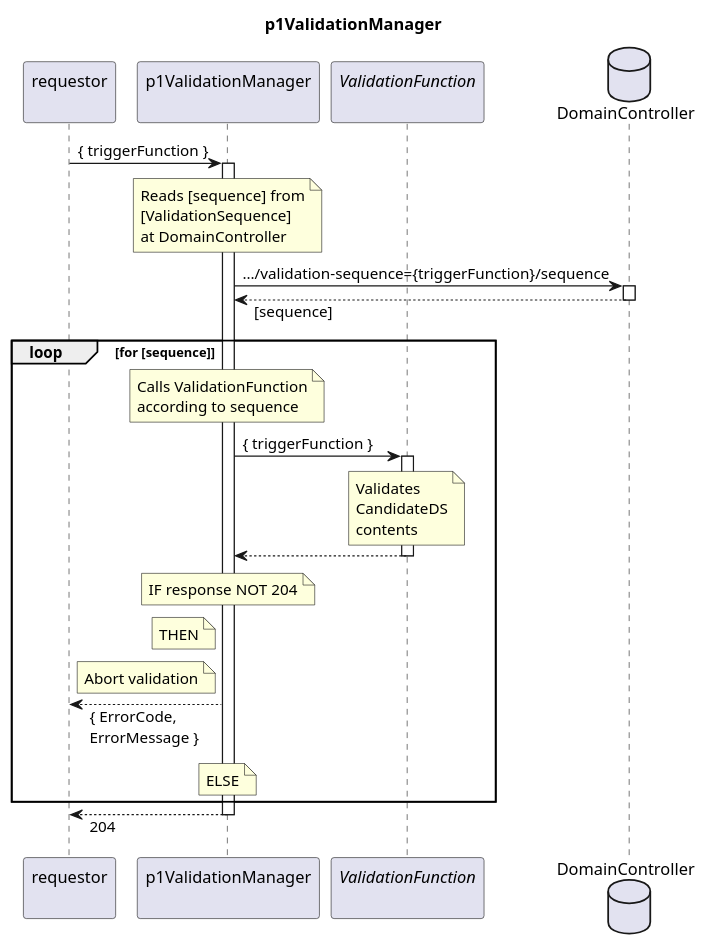
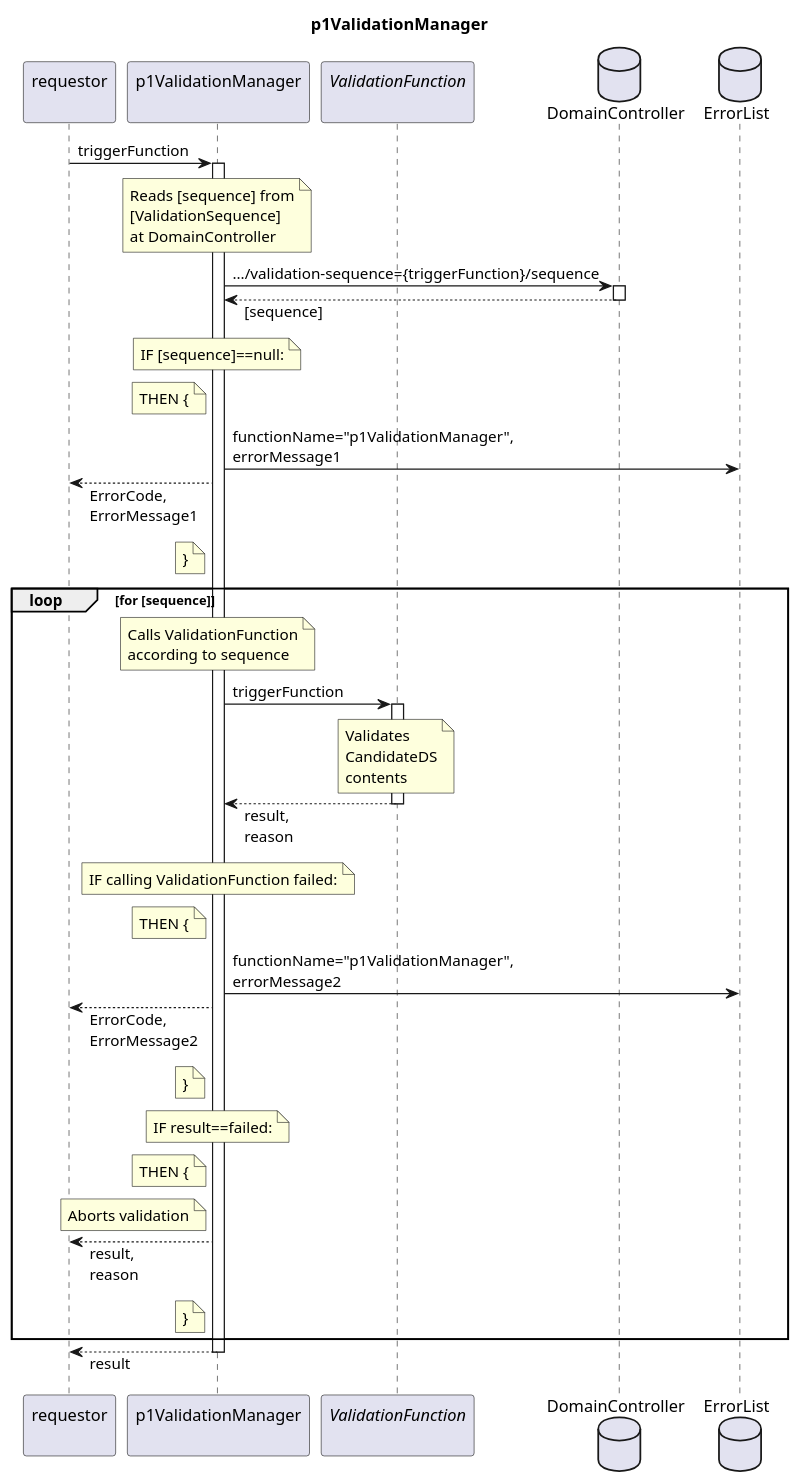
Before and after one commit to openBackhaul/FirmWareManager: the diagram in spec/Functions/Validation/p1ValidationManager/1.0.0/p1ValidationManager.plantuml, drawn with PlantUML. The commit also changed 105 other files, not shown here.

```diff
--- a/spec/Functions/Validation/p1ValidationManager/1.0.0/p1ValidationManager.plantuml
+++ b/spec/Functions/Validation/p1ValidationManager/1.0.0/p1ValidationManager.plantuml
@@ -1,58 +1,85 @@
 @startuml p1ValidationManager
 skinparam responseMessageBelowArrow true
 
 title
   p1ValidationManager
 end title
 
 participant "requestor\n" as requestor
 participant "p1ValidationManager\n" as valiMan
 participant "<i>ValidationFunction</i>\n" as valiFun
+
 database "DomainController" as DC
+database "ErrorList" as hEL
 
-requestor -> valiMan: { triggerFunction }
+requestor -> valiMan: triggerFunction
 activate valiMan
 
   note over valiMan
     Reads [sequence] from
     [ValidationSequence] 
     at DomainController
   end note
-    valiMan -> DC:  .../validation-sequence={triggerFunction}/sequence
-    activate DC
-    valiMan <-- DC: [sequence]
-    deactivate DC
+  valiMan -> DC:  .../validation-sequence={triggerFunction}/sequence
+  activate DC
+  valiMan <-- DC: [sequence]
+  deactivate DC
+  note over valiMan
+    IF [sequence]==null:
+  end note
+  note left valiMan
+    THEN {
+  end note
+  valiMan -> hEL: functionName="p1ValidationManager",\nerrorMessage1
+  requestor <-- valiMan : ErrorCode,\nErrorMessage1
+  note left valiMan
+    }
+  end note
 
   loop for [sequence]
+
     note over valiMan
       Calls ValidationFunction
       according to sequence
     end note
-    valiMan -> valiFun: { triggerFunction }
+    valiMan -> valiFun: triggerFunction
     activate valiFun
       note over valiFun
         Validates
         CandidateDS
         contents
       end note
-    valiMan <-- valiFun
+    valiMan <-- valiFun: result,\nreason
     deactivate valiFun
+
     note over valiMan
-      IF response NOT 204
+      IF calling ValidationFunction failed:
     end note
     note left valiMan
-      THEN
+      THEN {
+    end note
+    valiMan -> hEL: functionName="p1ValidationManager",\nerrorMessage2
+    requestor <-- valiMan: ErrorCode,\nErrorMessage2
+    note left valiMan
+      }
+    end note
+
+    note over valiMan
+      IF result==failed:
     end note
     note left valiMan
-      Abort validation
+      THEN {
     end note
-    requestor <-- valiMan: { ErrorCode,\nErrorMessage }
-    note over valiMan
-      ELSE
+    note left valiMan
+      Aborts validation
+    end note
+    requestor <-- valiMan: result,\nreason
+    note left valiMan
+      }
     end note
   end loop
 
-requestor <-- valiMan: 204
+requestor <-- valiMan: result
 deactivate valiMan
 
 @enduml
```
